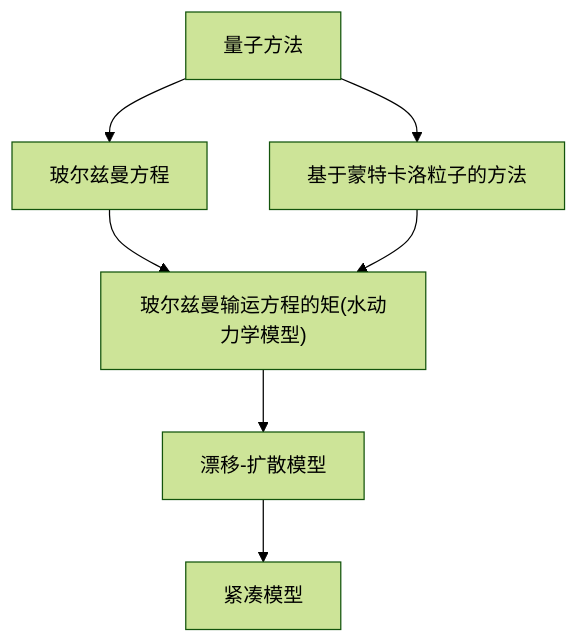
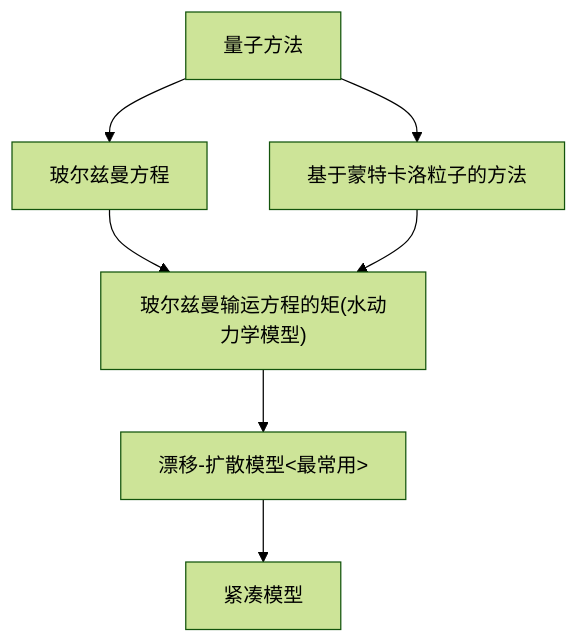
Before and after one commit to VenciFreeman/Notes: the second of 6 diagrams in ME05_集成电路工艺技术课程设计/02_TCAD与Silvaco简介.md, drawn with Mermaid (forest theme). The commit also changed other lines of this file and 116 other files, not shown here.

Commit message:
Adjust fig address.

````diff
--- a/ME05_集成电路工艺技术课程设计/02_TCAD与Silvaco简介.md
+++ b/ME05_集成电路工艺技术课程设计/02_TCAD与Silvaco简介.md
@@ -100,6 +104,6 @@
 ```mermaid
 graph TB
-A[量子方法];B[玻尔兹曼方程];C[基于蒙特卡洛粒子的方法];D["玻尔兹曼输运方程的矩(水动力学模型)"];E[漂移-扩散模型];F[紧凑模型];
+A[量子方法];B[玻尔兹曼方程];C[基于蒙特卡洛粒子的方法];D["玻尔兹曼输运方程的矩(水动力学模型)"];E[漂移-扩散模型<最常用>];F[紧凑模型];
 A-->B;A-->C;B-->D;C-->D;D-->E;E-->F;
 
 ```
````
